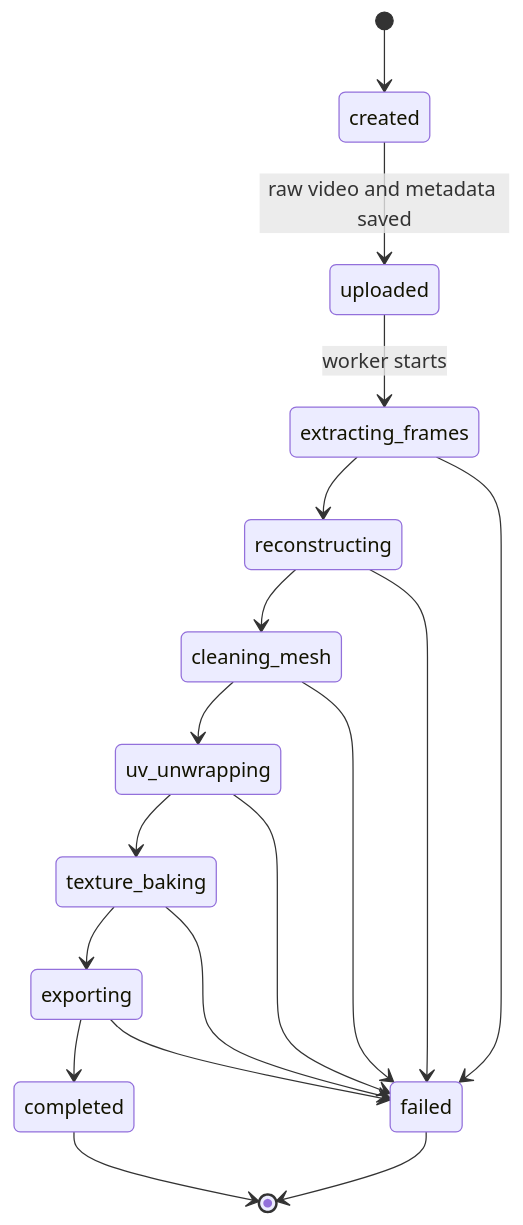
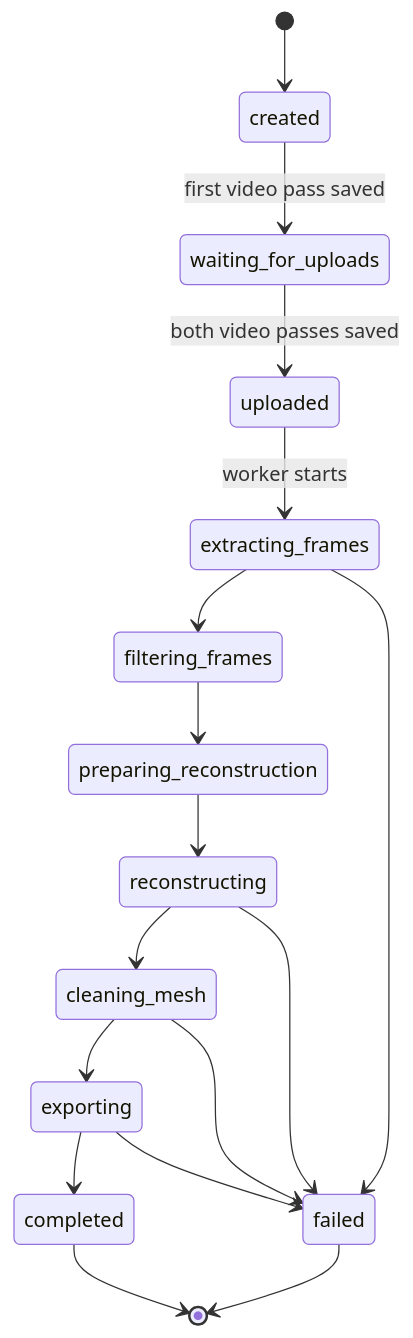
The fifth of 8 diagrams in docs/current-neon-system-flow.md (kiet-ta/ar-ai-exe), drawn with Mermaid before and after one commit. The commit also changed other lines of this file and 170 other files, not shown here.

Commit message:
feat: implement shoe video reconstruction MVP

````diff
--- a/docs/current-neon-system-flow.md
+++ b/docs/current-neon-system-flow.md
@@ -84,20 +84,19 @@
 ```mermaid
 stateDiagram-v2
     [*] --> created
-    created --> uploaded: raw video and metadata saved
+    created --> waiting_for_uploads: first video pass saved
+    waiting_for_uploads --> uploaded: both video passes saved
     uploaded --> extracting_frames: worker starts
-    extracting_frames --> reconstructing
+    extracting_frames --> filtering_frames
+    filtering_frames --> preparing_reconstruction
+    preparing_reconstruction --> reconstructing
     reconstructing --> cleaning_mesh
-    cleaning_mesh --> uv_unwrapping
-    uv_unwrapping --> texture_baking
-    texture_baking --> exporting
+    cleaning_mesh --> exporting
     exporting --> completed
     extracting_frames --> failed
     reconstructing --> failed
     cleaning_mesh --> failed
-    uv_unwrapping --> failed
-    texture_baking --> failed
     exporting --> failed
     completed --> [*]
     failed --> [*]
 ```
````
